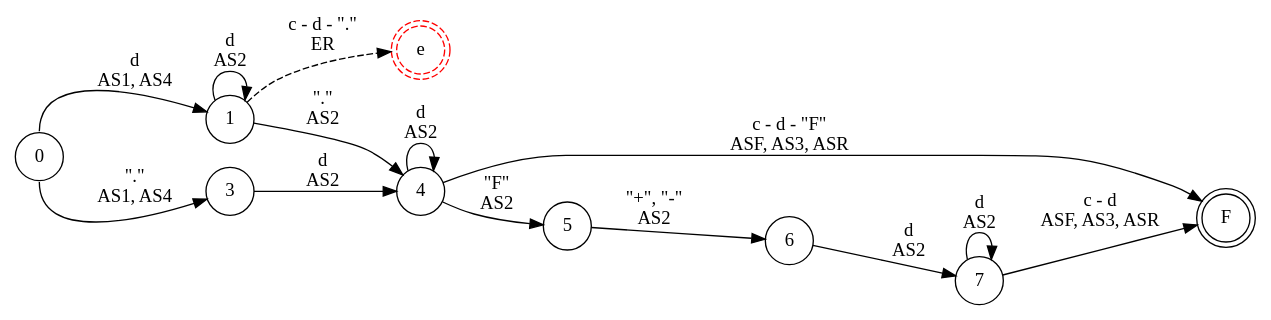
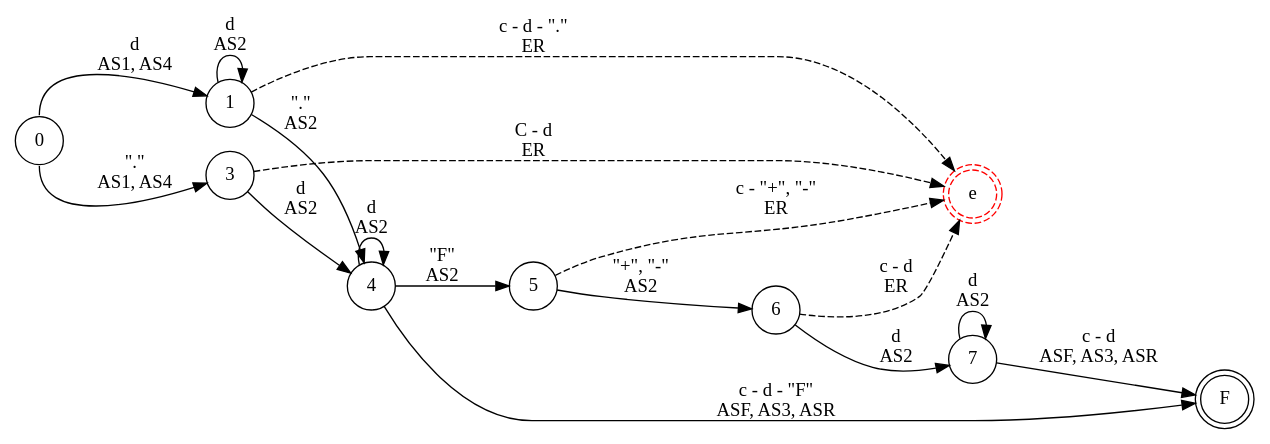
Before and after one commit to iroumec/RouVel-Compiler: the diagram in resources/diagrams/errors/floating.dot, drawn with Graphviz. The commit also changed 17 other files, not shown here.

```diff
--- a/resources/diagrams/errors/floating.dot
+++ b/resources/diagrams/errors/floating.dot
@@ -1,20 +1,23 @@
 digraph DFA {
     rankdir = LR;
     node [shape = circle;];
     F [shape = doublecircle;];
     e [shape = doublecircle;style = dashed;color = red;];
     
     0 -> 1 [label = "d \n AS1, AS4"; tailport = n;];
     0 -> 3 [label = "\".\" \n AS1, AS4"; tailport = s;];
     1 -> 1 [label = "d \n AS2";];
     1 -> 4 [label = "\".\" \n AS2";];
     1 -> e [label = "c - d - \".\" \n ER"; style = dashed;];
     3 -> 4 [label = "d \n AS2";];
+    3 -> e [label = "C - d \n ER"; style = dashed;];
     4 -> 4 [label = "d \n AS2";];
     4 -> F [label = "c - d - \"F\" \n ASF, AS3, ASR";];
     4 -> 5 [label = "\"F\" \n AS2";];
     5 -> 6 [label = "\"+\", \"-\" \n AS2";];
+    5 -> e [label = "c - \"+\", \"-\" \n ER"; style = dashed;];
     6 -> 7 [label = "d \n AS2";];
+    6 -> e [label = "c - d \n ER"; style = dashed;];
     7 -> 7 [label = "d \n AS2";];
     7 -> F [label = "c - d \n ASF, AS3, ASR";];
 }
```
